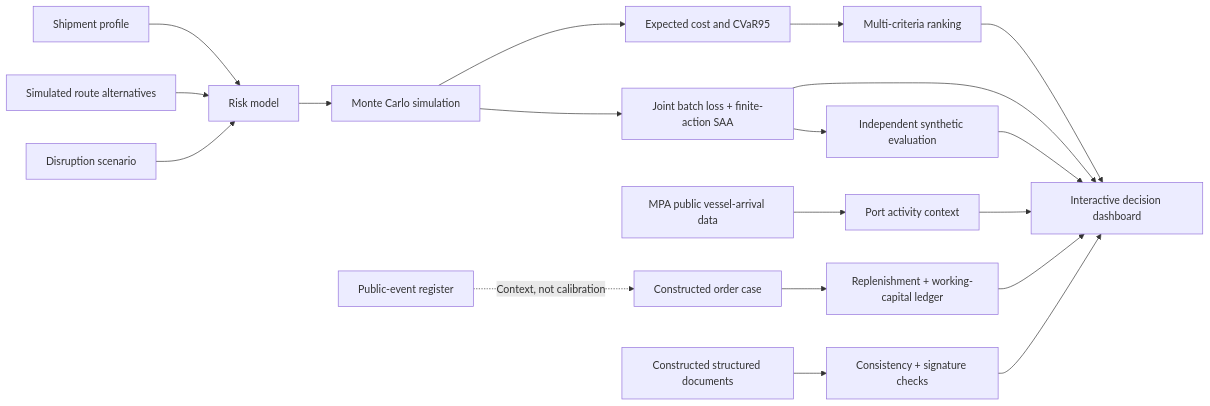
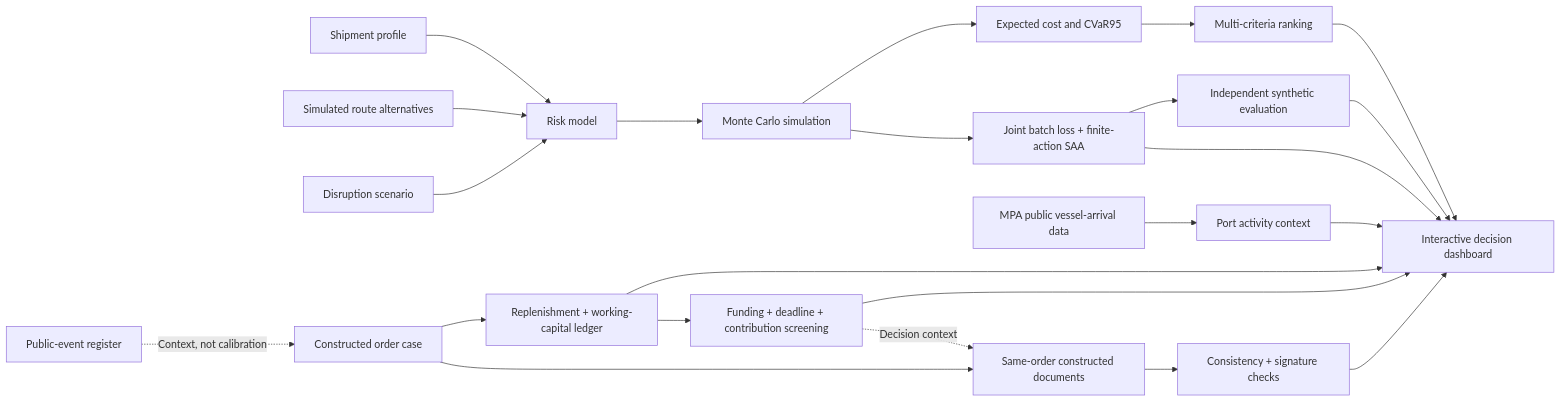
Before and after one commit to sitora77/harborshield: the diagram in README.md, drawn with Mermaid. The commit also changed other lines of this file and 32 other files, not shown here.

Commit message:
Add bilingual v0.4 case, feasibility screening and same-order document evidence

````diff
--- a/README.md
+++ b/README.md
@@ -39,21 +42,25 @@
 ```mermaid
 flowchart LR
     A[Shipment profile] --> D[Risk model]
     B[Simulated route alternatives] --> D
     C[Disruption scenario] --> D
     D --> E[Monte Carlo simulation]
     E --> F[Expected cost and CVaR95]
     F --> G[Multi-criteria ranking]
     E --> H[Joint batch loss + finite-action SAA]
     H --> L[Independent synthetic evaluation]
     I[MPA public vessel-arrival data] --> J[Port activity context]
     G --> K[Interactive decision dashboard]
     H --> K
     L --> K
     J --> K
     M[Public-event register] -. Context, not calibration .-> N[Constructed order case]
     N --> O[Replenishment + working-capital ledger]
     O --> K
-    P[Constructed structured documents] --> Q[Consistency + signature checks]
+    O --> R[Funding + deadline + contribution screening]
+    R --> K
+    N --> P[Same-order constructed documents]
+    R -. Decision context .-> P
+    P --> Q[Consistency + signature checks]
     Q --> K
 ```
````
